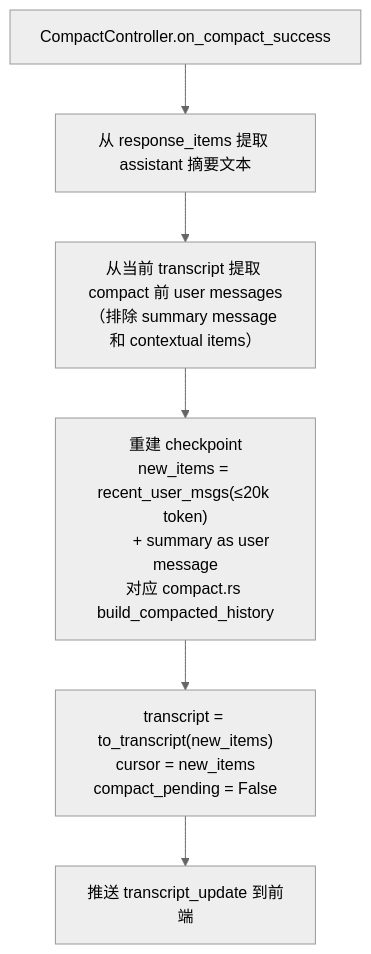
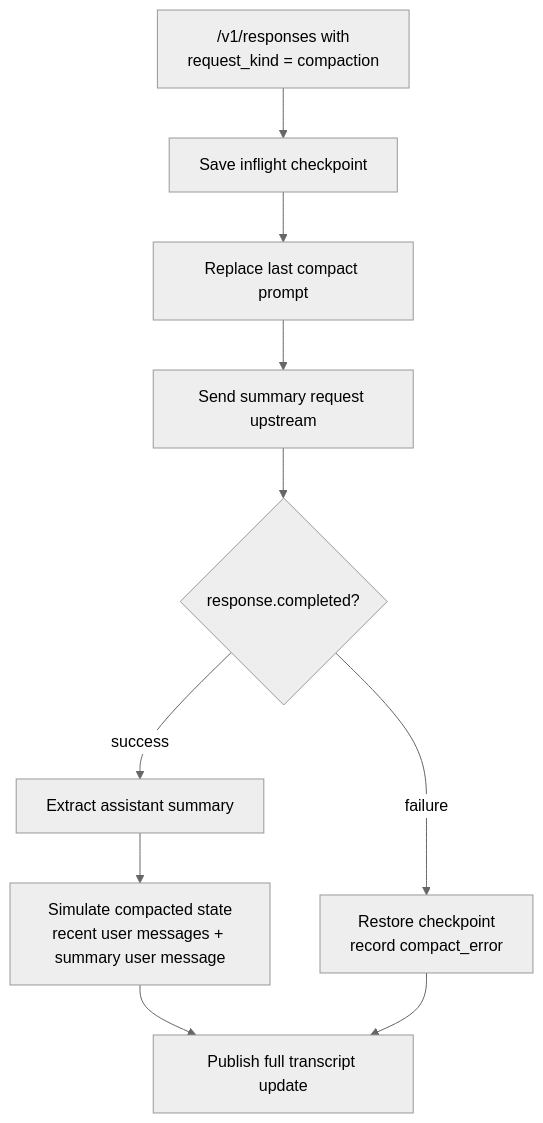
The fourth of 7 diagrams in docs/architecture.md (HaShiShark/codex-context-studio), drawn with Mermaid (neutral theme) before and after one commit. The commit also changed other lines of this file and 48 other files, not shown here.

````diff
--- a/docs/architecture.md
+++ b/docs/architecture.md
@@ -91,11 +99,16 @@
 ```mermaid
 flowchart TD
-    SUC["CompactController.on_compact_success"]
-    EXT["从 response_items 提取 assistant 摘要文本"]
-    USR["从当前 transcript 提取 compact 前 user messages\n（排除 summary message 和 contextual items）"]
-    BLD["重建 checkpoint\nnew_items = recent_user_msgs(≤20k token)\n        + summary as user message\n对应 compact.rs build_compacted_history"]
-    UPD["transcript = to_transcript(new_items)\ncursor = new_items\ncompact_pending = False"]
-    PUSH["推送 transcript_update 到前端"]
+    REQ["/v1/responses with\nrequest_kind = compaction"]
+    SNAP["Save inflight checkpoint"]
+    PROMPT["Replace last compact prompt"]
+    SEND["Send summary request upstream"]
+    OK{"response.completed?"}
+    SUMMARY["Extract assistant summary"]
+    SIM["Simulate compacted state\nrecent user messages + summary user message"]
+    FAIL["Restore checkpoint\nrecord compact_error"]
+    PUB["Publish full transcript update"]
 
-    SUC --> EXT --> USR --> BLD --> UPD --> PUSH
+    REQ --> SNAP --> PROMPT --> SEND --> OK
+    OK -- "success" --> SUMMARY --> SIM --> PUB
+    OK -- "failure" --> FAIL --> PUB
 ```
````
